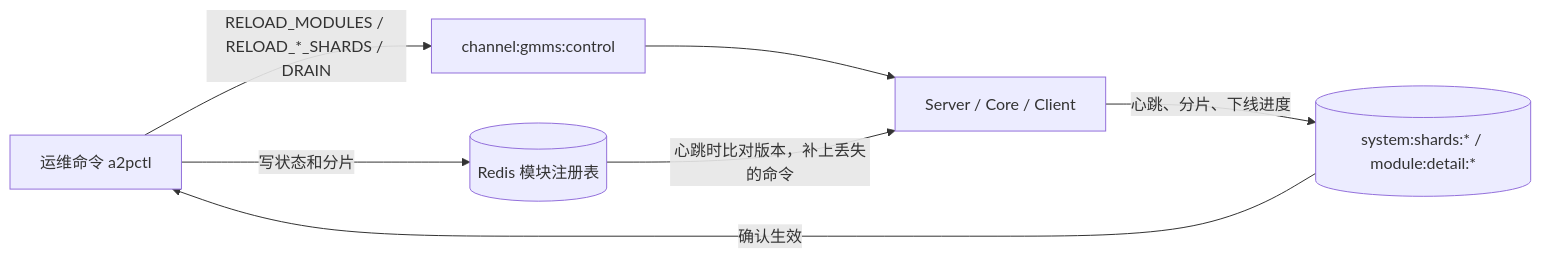
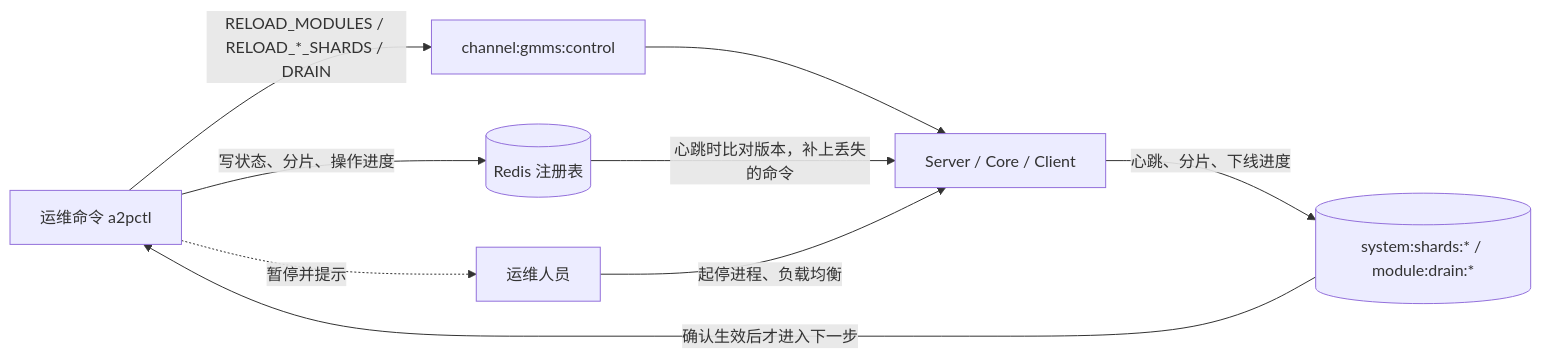
The first of 2 diagrams in docs/模块动态扩缩容设计.md (myq3636/cxsms), drawn with Mermaid before and after one commit. The commit also changed other lines of this file and 2 other files, not shown here.

Commit message:
docs: detail the module scaling design with the production setup, record the module number rule

````diff
--- a/docs/模块动态扩缩容设计.md
+++ b/docs/模块动态扩缩容设计.md
@@ -61,9 +211,11 @@
 ```mermaid
 flowchart LR
-  OP[运维命令 a2pctl] -->|写状态和分片| REG[(Redis 模块注册表)]
+  OP[运维命令 a2pctl] -->|写状态、分片、操作进度| REG[(Redis 注册表)]
   OP -->|RELOAD_MODULES / RELOAD_*_SHARDS / DRAIN| PUB[channel:gmms:control]
   PUB --> NODES[Server / Core / Client]
   REG -->|心跳时比对版本，补上丢失的命令| NODES
-  NODES -->|心跳、分片、下线进度| STAT[(system:shards:* / module:detail:*)]
-  STAT -->|确认生效| OP
+  NODES -->|心跳、分片、下线进度| STAT[(system:shards:* / module:drain:*)]
+  STAT -->|确认生效后才进入下一步| OP
+  HUMAN[运维人员] -->|起停进程、负载均衡| NODES
+  OP -.暂停并提示.-> HUMAN
 ```
````
